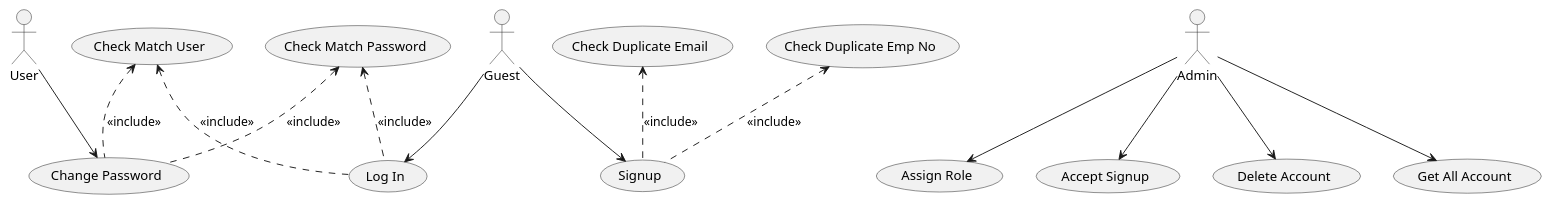
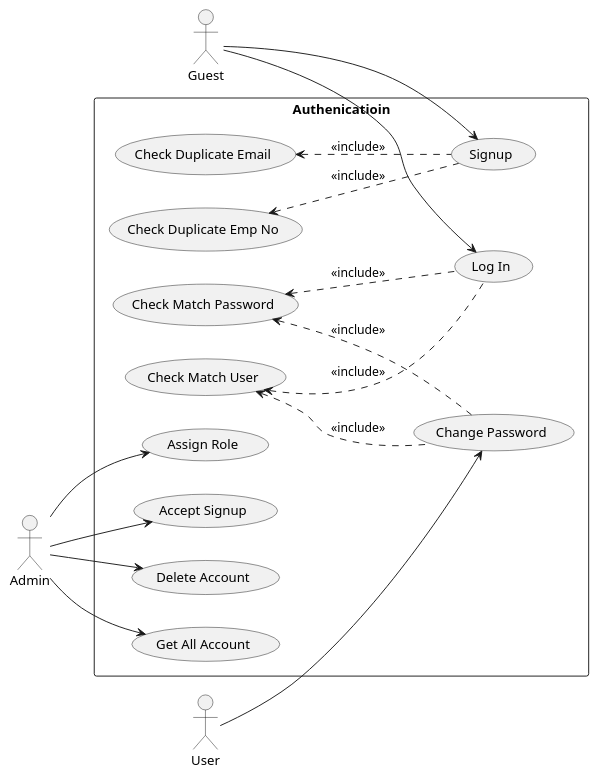
The diagram in diagram/usecase.iuml (Suraphop/sample-nodejs-master-folder-structure), drawn with PlantUML before and after one commit.

```diff
--- a/diagram/usecase.iuml
+++ b/diagram/usecase.iuml
@@ -1,41 +1,42 @@
 @startuml
+left to right direction
 
 actor "Guest" as guest
 actor "User" as user
 actor "Admin" as admin
 
+rectangle Authenicatioin {
 usecase "Signup" as UC_signup
 usecase "Check Duplicate Emp No" as UC_check_duplicate_emp_no
 usecase "Check Duplicate Email" as UC_check_duplicate_email
 usecase "Assign Role" as UC_assign_role
 usecase "Accept Signup" as UC_accept_signup
 usecase "Check Match User" as UC_check_match_user
 usecase "Check Match Password" as UC_check_match_password
 usecase "Log In" as UC_log_in
 usecase "Change Password" as UC_change_password
 usecase "Delete Account" as UC_delete_account
 usecase "Get All Account" as UC_get_all_account
-
+}
 
 guest --> UC_signup
 UC_signup .u.> UC_check_duplicate_emp_no : <<include>>
 UC_signup .u.> UC_check_duplicate_email : <<include>>
 
 guest --> UC_log_in
 UC_log_in .u.> UC_check_match_user : <<include>>
 UC_log_in .u.> UC_check_match_password : <<include>>
 
 admin --> UC_assign_role
 
 admin --> UC_accept_signup
 
 admin --> UC_delete_account
 
 admin --> UC_get_all_account
 
 user --> UC_change_password
 UC_change_password .u.> UC_check_match_password : <<include>>
 UC_change_password .u.> UC_check_match_user : <<include>>
 
-
 @enduml
```
